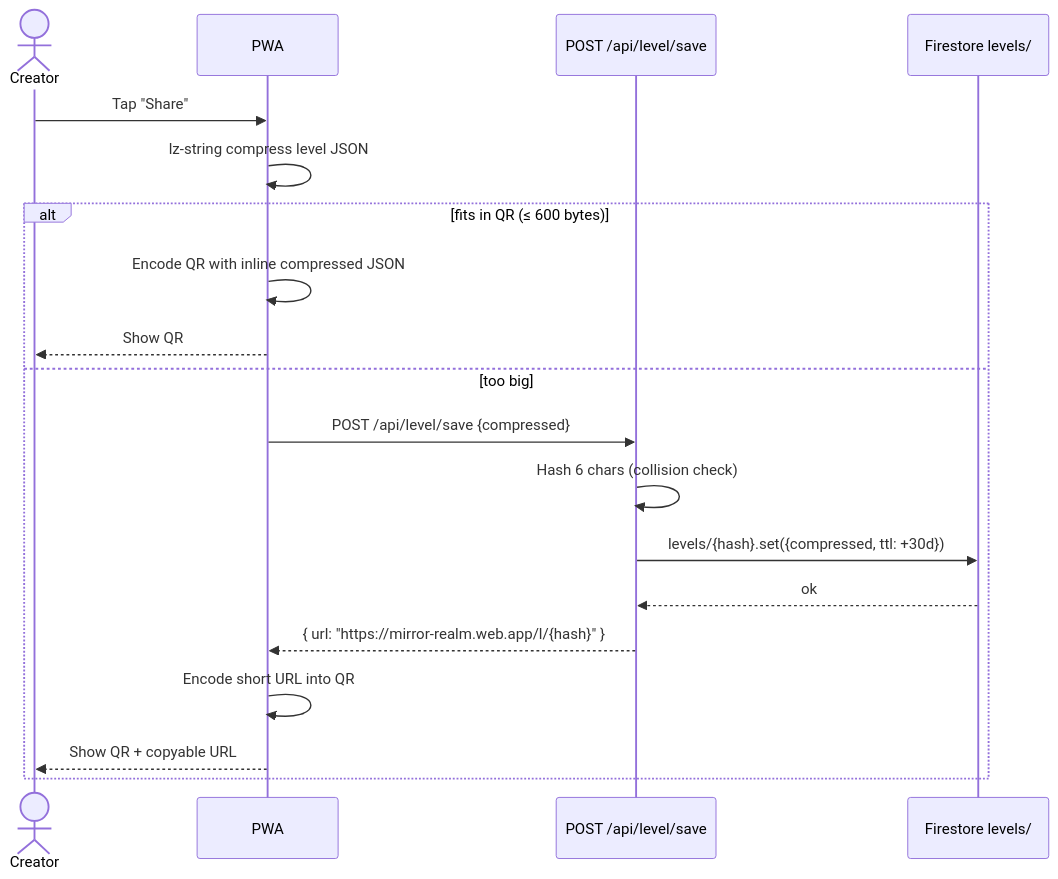
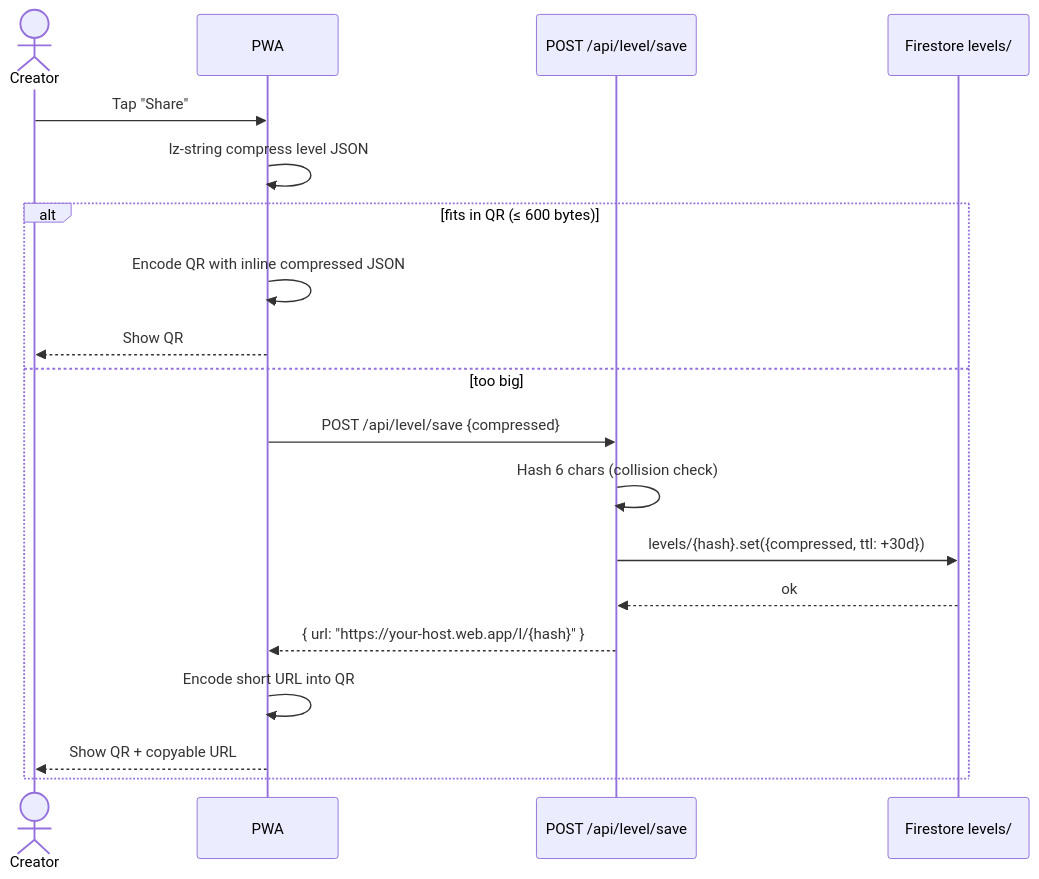
One commit to fadlytanjung/mirror-realm changed the fourth of 7 diagrams in docs/01-architecture.md. Above: the diagram before and after it, drawn with Mermaid. The commit also changed other lines of this file and 8 other files, not shown here.

````diff
--- a/docs/01-architecture.md
+++ b/docs/01-architecture.md
@@ -171,22 +171,22 @@
 ```mermaid
 sequenceDiagram
     actor U as Creator
     participant W as PWA
     participant API as POST /api/level/save
     participant FS as Firestore levels/
 
     U->>W: Tap "Share"
     W->>W: lz-string compress level JSON
     alt fits in QR (≤ 600 bytes)
         W->>W: Encode QR with inline compressed JSON
         W-->>U: Show QR
     else too big
         W->>API: POST /api/level/save {compressed}
         API->>API: Hash 6 chars (collision check)
         API->>FS: levels/{hash}.set({compressed, ttl: +30d})
         FS-->>API: ok
-        API-->>W: { url: "https://mirror-realm.web.app/l/{hash}" }
+        API-->>W: { url: "https://your-host.web.app/l/{hash}" }
         W->>W: Encode short URL into QR
         W-->>U: Show QR + copyable URL
     end
 ```
````
